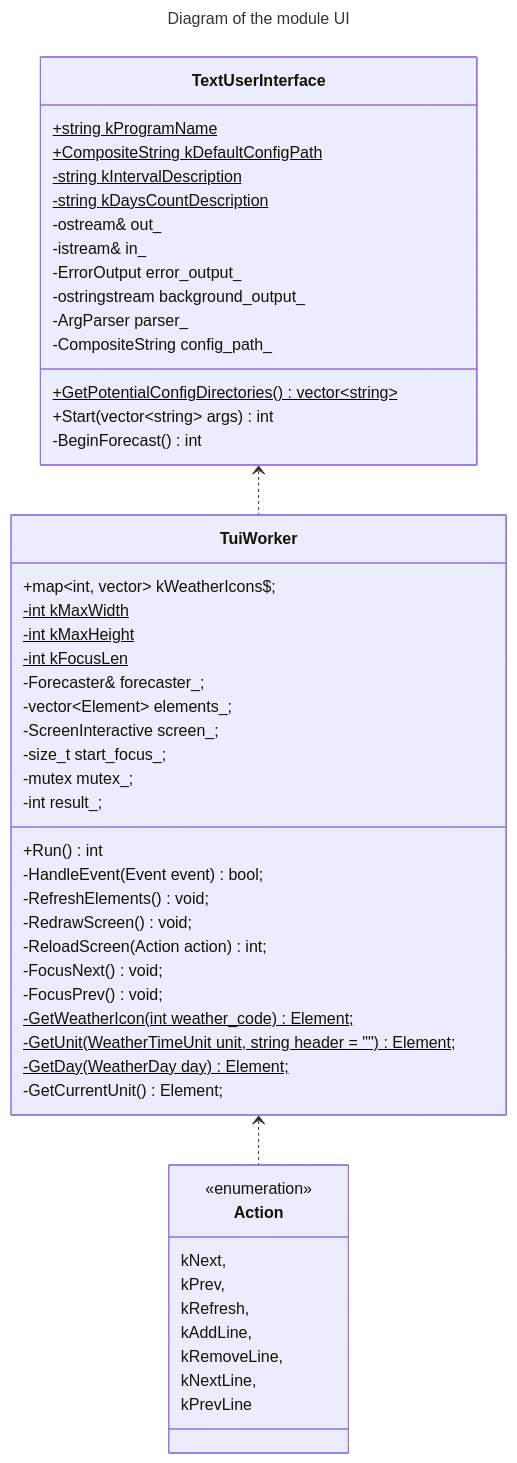
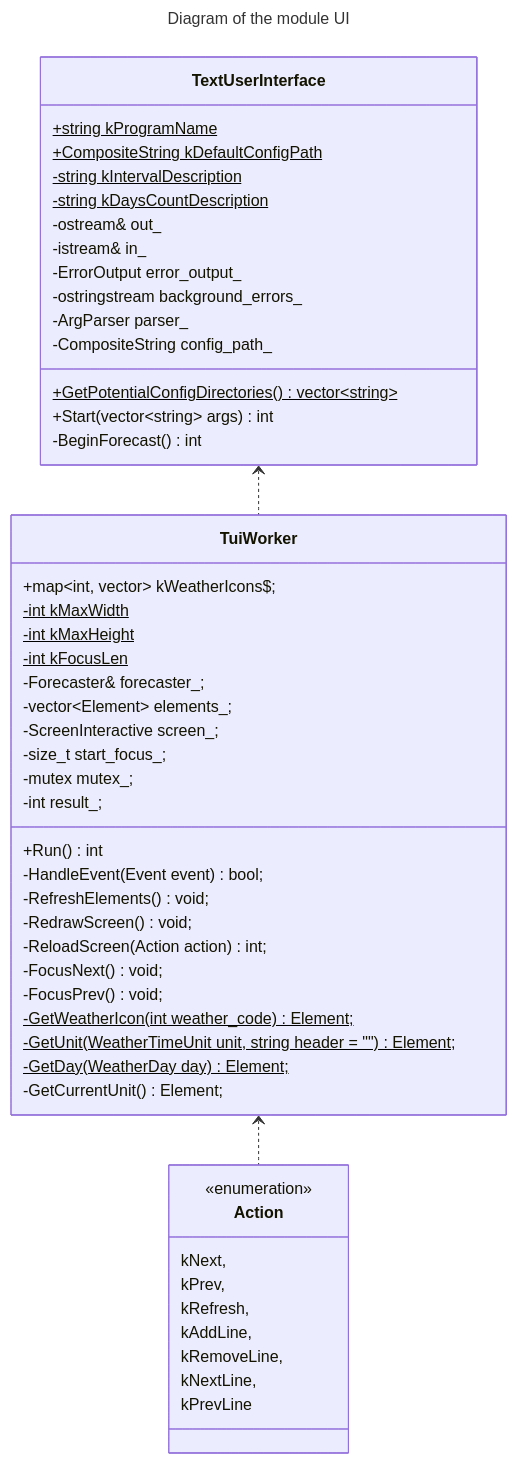
The second of 4 diagrams in docs/dev/architecture.md (bialger/weather-forecast), drawn with Mermaid before and after one commit. The commit also changed 12 other files, not shown here.

````diff
--- a/docs/dev/architecture.md
+++ b/docs/dev/architecture.md
@@ -59,63 +59,63 @@
 ```mermaid
 ---
 title: Diagram of the module UI
 ---
 %%{
   init: {
     'theme': 'base',
     'classDiagram': { 'curve': 'linear' },
   }
 }%%
 classDiagram
   direction TB
   class TextUserInterface {
     +string kProgramName$
     +CompositeString kDefaultConfigPath$
     -string kIntervalDescription$
     -string kDaysCountDescription$
     -ostream& out_
     -istream& in_
     -ErrorOutput error_output_
-    -ostringstream background_output_
+    -ostringstream background_errors_
     -ArgParser parser_
     -CompositeString config_path_
     +GetPotentialConfigDirectories()$ vector~string~
     +Start(vector~string~ args) int
     -BeginForecast() int
   }
   class TuiWorker {
     +map~int, vector<string>~ kWeatherIcons$;
     -int kMaxWidth$
     -int kMaxHeight$
     -int kFocusLen$
     -Forecaster& forecaster_;
     -vector~Element~ elements_;
     -ScreenInteractive screen_;
     -size_t start_focus_;
     -mutex mutex_;
     -int result_;
     +Run() int
     -HandleEvent(Event event) bool;
     -RefreshElements() void;
     -RedrawScreen() void;
     -ReloadScreen(Action action) int;
     -FocusNext() void;
     -FocusPrev() void;
     -GetWeatherIcon(int weather_code)$ Element;
     -GetUnit(WeatherTimeUnit unit, string header = "")$ Element;
     -GetDay(WeatherDay day)$ Element;
     -GetCurrentUnit() Element;
   }
   class Action {
     <<enumeration>>
     kNext,
     kPrev,
     kRefresh,
     kAddLine,
     kRemoveLine,
     kNextLine,
     kPrevLine
   }
   TextUserInterface <.. TuiWorker
   TuiWorker <.. Action
 ```
````
